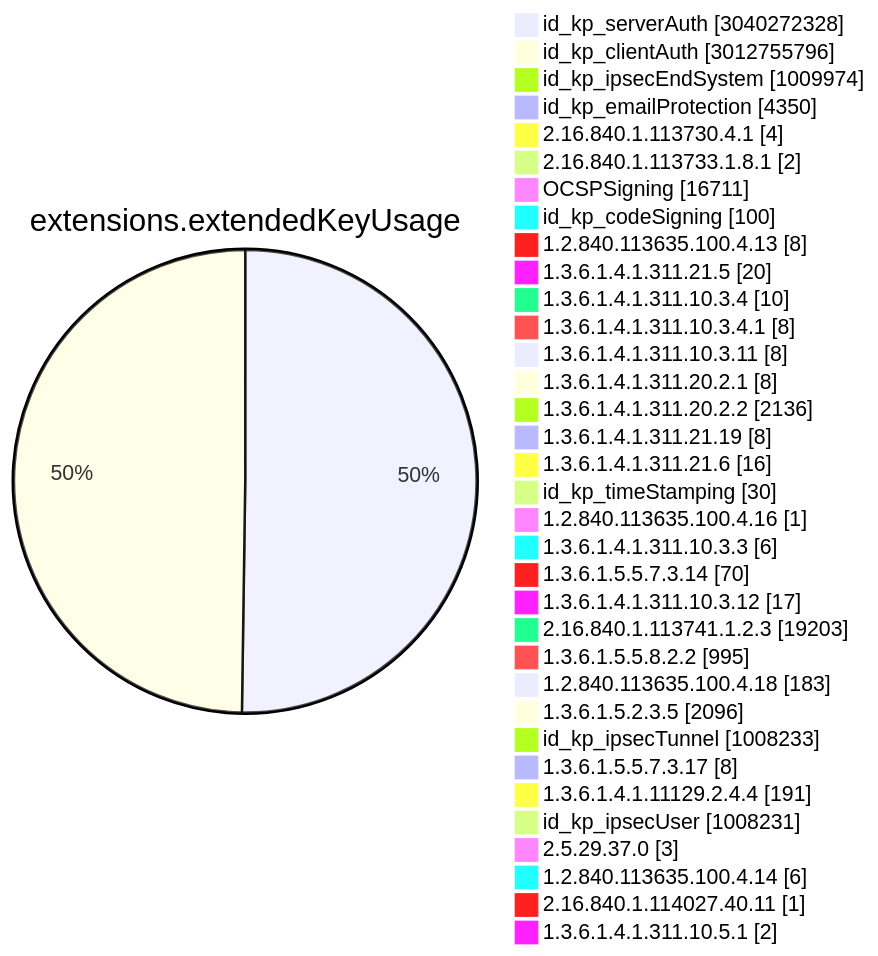
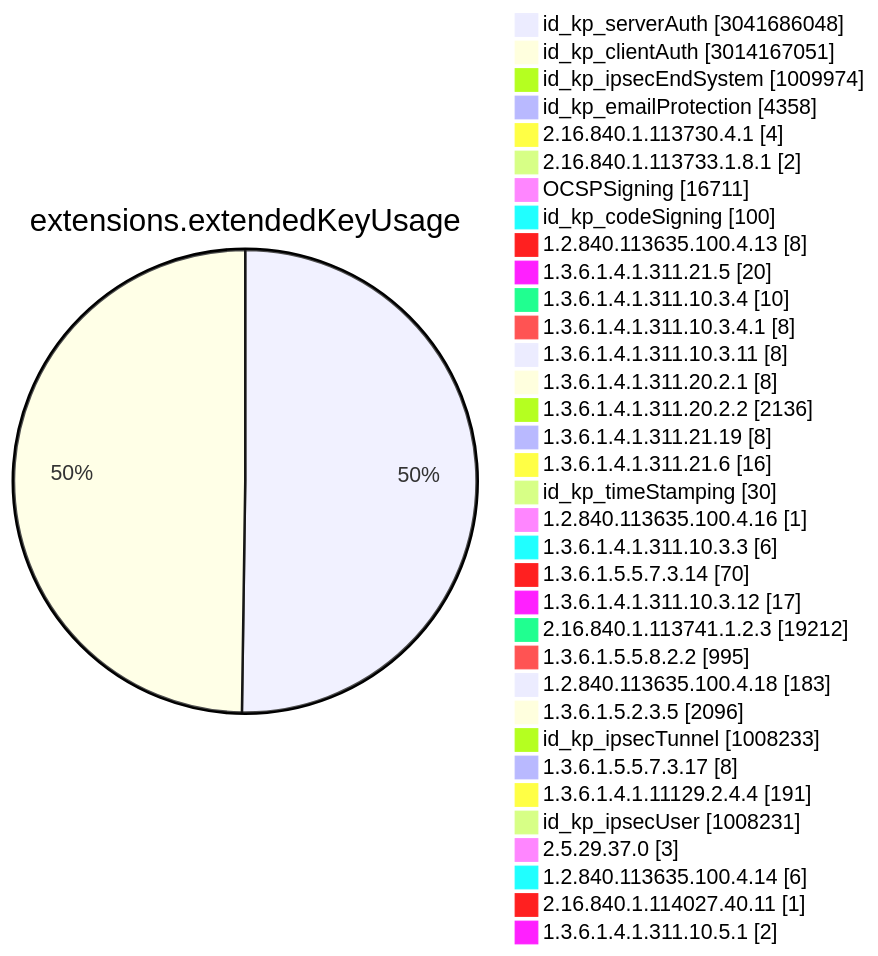
Diagram 11 of 15 in TOTAL/README.md (christiankrug/ctmonitor_visualization), drawn with Mermaid before and after one commit. The commit also changed other lines of this file, not shown here.

````diff
--- a/TOTAL/README.md
+++ b/TOTAL/README.md
@@ -4113,38 +4113,38 @@
 ```mermaid
 pie showData
 title extensions.extendedKeyUsage
-"id_kp_serverAuth" :3040272328
-"id_kp_clientAuth" :3012755796
+"id_kp_serverAuth" :3041686048
+"id_kp_clientAuth" :3014167051
 "id_kp_ipsecEndSystem" :1009974
-"id_kp_emailProtection" :4350
+"id_kp_emailProtection" :4358
 "2.16.840.1.113730.4.1" :4
 "2.16.840.1.113733.1.8.1" :2
 "OCSPSigning" :16711
 "id_kp_codeSigning" :100
 "1.2.840.113635.100.4.13" :8
 "1.3.6.1.4.1.311.21.5" :20
 "1.3.6.1.4.1.311.10.3.4" :10
 "1.3.6.1.4.1.311.10.3.4.1" :8
 "1.3.6.1.4.1.311.10.3.11" :8
 "1.3.6.1.4.1.311.20.2.1" :8
 "1.3.6.1.4.1.311.20.2.2" :2136
 "1.3.6.1.4.1.311.21.19" :8
 "1.3.6.1.4.1.311.21.6" :16
 "id_kp_timeStamping" :30
 "1.2.840.113635.100.4.16" :1
 "1.3.6.1.4.1.311.10.3.3" :6
 "1.3.6.1.5.5.7.3.14" :70
 "1.3.6.1.4.1.311.10.3.12" :17
-"2.16.840.1.113741.1.2.3" :19203
+"2.16.840.1.113741.1.2.3" :19212
 "1.3.6.1.5.5.8.2.2" :995
 "1.2.840.113635.100.4.18" :183
 "1.3.6.1.5.2.3.5" :2096
 "id_kp_ipsecTunnel" :1008233
 "1.3.6.1.5.5.7.3.17" :8
 "1.3.6.1.4.1.11129.2.4.4" :191
 "id_kp_ipsecUser" :1008231
 "2.5.29.37.0" :3
 "1.2.840.113635.100.4.14" :6
 "2.16.840.1.114027.40.11" :1
 "1.3.6.1.4.1.311.10.5.1" :2
 ```
````
